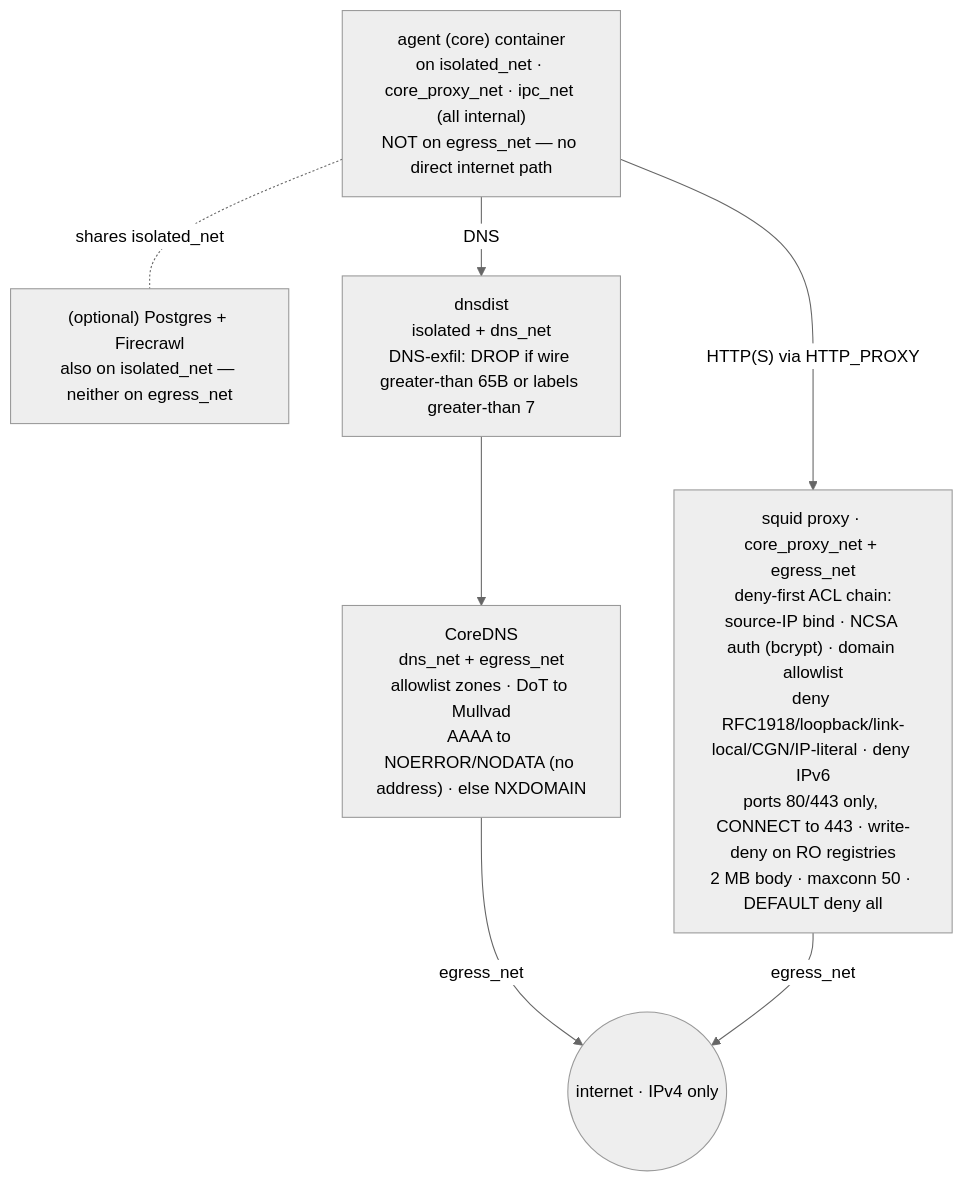
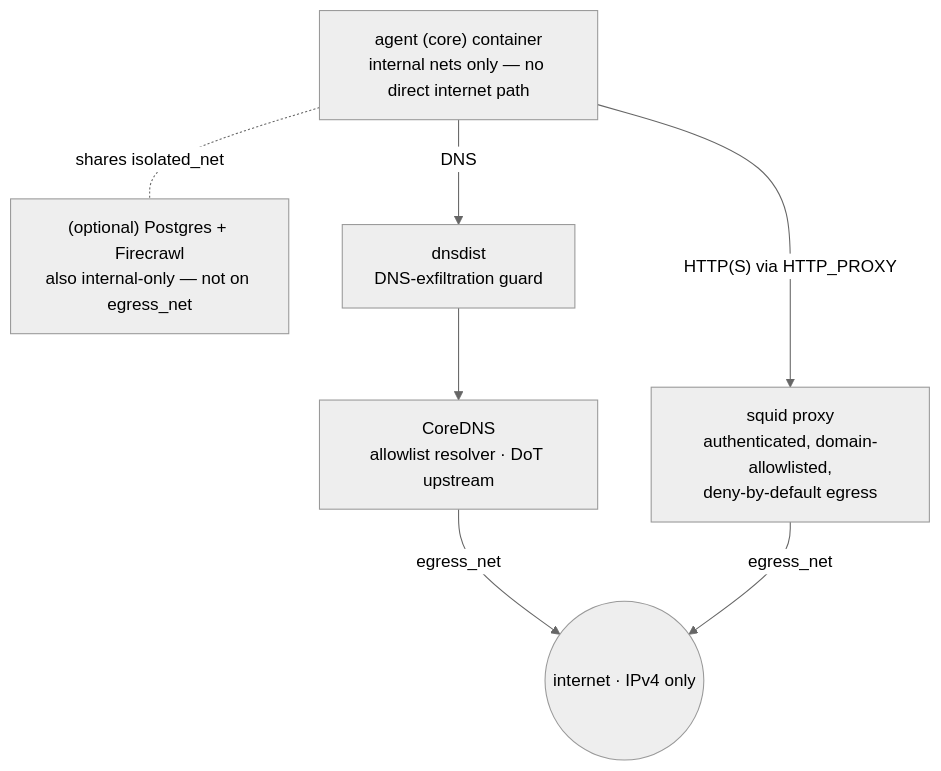
Before and after one commit to rafa-el-souza/sandbox-ai: the fourth of 4 diagrams in docs/security-model.md, drawn with Mermaid (neutral theme). The commit also changed other lines of this file, not shown here.

Commit message:
docs(security-model): slim network-topology diagram nodes (was rendering oversized)
Each node embedded its full config (the squid node alone had ~10 lines: ACL
chain, ports, body limits), so Mermaid sized the boxes huge and the diagram
overflowed/clipped. Reduce nodes to name + one-line role; the detail is
unchanged — it's in the subnet table + the Egress proxy / DNS chain subsections
directly below. Topology (who reaches egress_net) now reads at a glance.

````diff
--- a/docs/security-model.md
+++ b/docs/security-model.md
@@ -248,16 +248,16 @@
 ```mermaid
 flowchart TB
-    agent["agent (core) container<br/>on isolated_net · core_proxy_net · ipc_net (all internal)<br/>NOT on egress_net — no direct internet path"]
-    opt["(optional) Postgres + Firecrawl<br/>also on isolated_net — neither on egress_net"]
-    dnsdist["dnsdist<br/>isolated + dns_net<br/>DNS-exfil: DROP if wire greater-than 65B or labels greater-than 7"]
-    coredns["CoreDNS<br/>dns_net + egress_net<br/>allowlist zones · DoT to Mullvad<br/>AAAA to NOERROR/NODATA (no address) · else NXDOMAIN"]
-    squid["squid proxy · core_proxy_net + egress_net<br/>deny-first ACL chain:<br/>source-IP bind · NCSA auth (bcrypt) · domain allowlist<br/>deny RFC1918/loopback/link-local/CGN/IP-literal · deny IPv6<br/>ports 80/443 only, CONNECT to 443 · write-deny on RO registries<br/>2 MB body · maxconn 50 · DEFAULT deny all"]
+    agent["agent (core) container<br/>internal nets only — no direct internet path"]
+    opt["(optional) Postgres + Firecrawl<br/>also internal-only — not on egress_net"]
+    dnsdist["dnsdist<br/>DNS-exfiltration guard"]
+    coredns["CoreDNS<br/>allowlist resolver · DoT upstream"]
+    squid["squid proxy<br/>authenticated, domain-allowlisted,<br/>deny-by-default egress"]
     net(("internet · IPv4 only"))
 
     agent -. shares isolated_net .- opt
     agent -->|DNS| dnsdist
     agent -->|"HTTP(S) via HTTP_PROXY"| squid
     dnsdist --> coredns
     coredns -->|egress_net| net
     squid -->|egress_net| net
 ```
````
